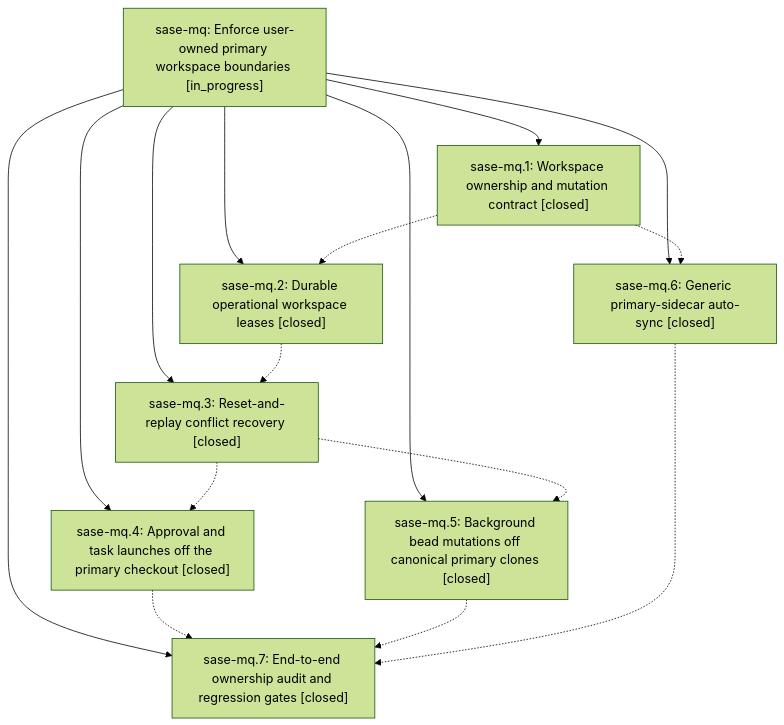
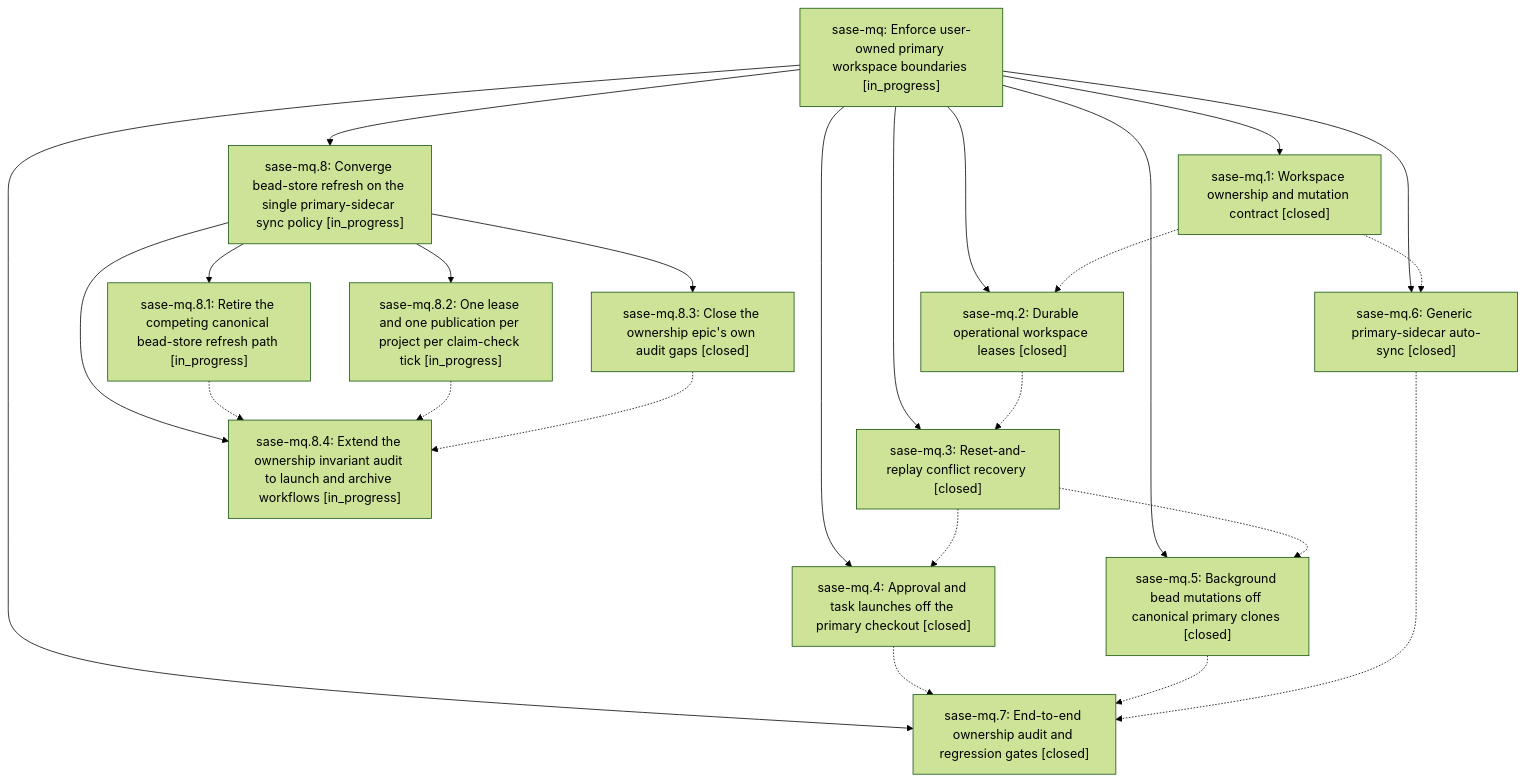
One commit to sase-org/sase--beads changed the diagram in pages/sase-mq/README.md. Above: the diagram before and after it, drawn with Mermaid (forest theme). The commit also changed other lines of this file and 5 other files, not shown here.

First line of the commit message:
chore(beads): sync bead state and pages for sase-mq

````diff
--- a/pages/sase-mq/README.md
+++ b/pages/sase-mq/README.md
@@ -34,26 +44,39 @@
 ```mermaid
 flowchart TD
     n0["sase-mq: Enforce user-owned primary workspace boundaries [in_progress]"]
     n1["sase-mq.1: Workspace ownership and mutation contract [closed]"]
     n2["sase-mq.2: Durable operational workspace leases [closed]"]
     n3["sase-mq.3: Reset-and-replay conflict recovery [closed]"]
     n4["sase-mq.4: Approval and task launches off the primary checkout [closed]"]
     n5["sase-mq.5: Background bead mutations off canonical primary clones [closed]"]
     n6["sase-mq.6: Generic primary-sidecar auto-sync [closed]"]
     n7["sase-mq.7: End-to-end ownership audit and regression gates [closed]"]
+    n8["sase-mq.8: Converge bead-store refresh on the single primary-sidecar sync policy [in_progress]"]
+    n9["sase-mq.8.1: Retire the competing canonical bead-store refresh path [in_progress]"]
+    n10["sase-mq.8.2: One lease and one publication per project per claim-check tick [in_progress]"]
+    n11["sase-mq.8.3: Close the ownership epic's own audit gaps [closed]"]
+    n12["sase-mq.8.4: Extend the ownership invariant audit to launch and archive workflows [in_progress]"]
     n0 --> n1
     n0 --> n2
     n0 --> n3
     n0 --> n4
     n0 --> n5
     n0 --> n6
     n0 --> n7
+    n0 --> n8
+    n8 --> n9
+    n8 --> n10
+    n8 --> n11
+    n8 --> n12
     n1 -.-> n2
     n1 -.-> n6
     n2 -.-> n3
     n3 -.-> n4
     n3 -.-> n5
     n4 -.-> n7
     n5 -.-> n7
     n6 -.-> n7
+    n9 -.-> n12
+    n10 -.-> n12
+    n11 -.-> n12
 ```
````
